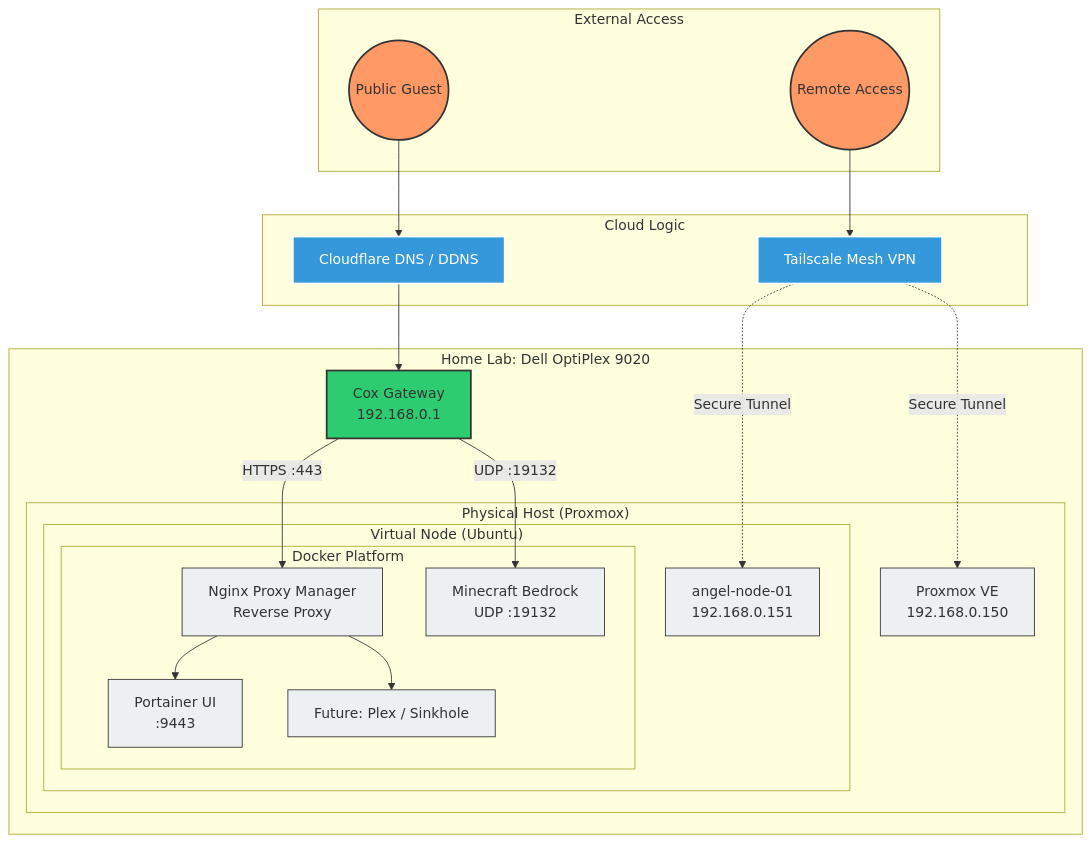
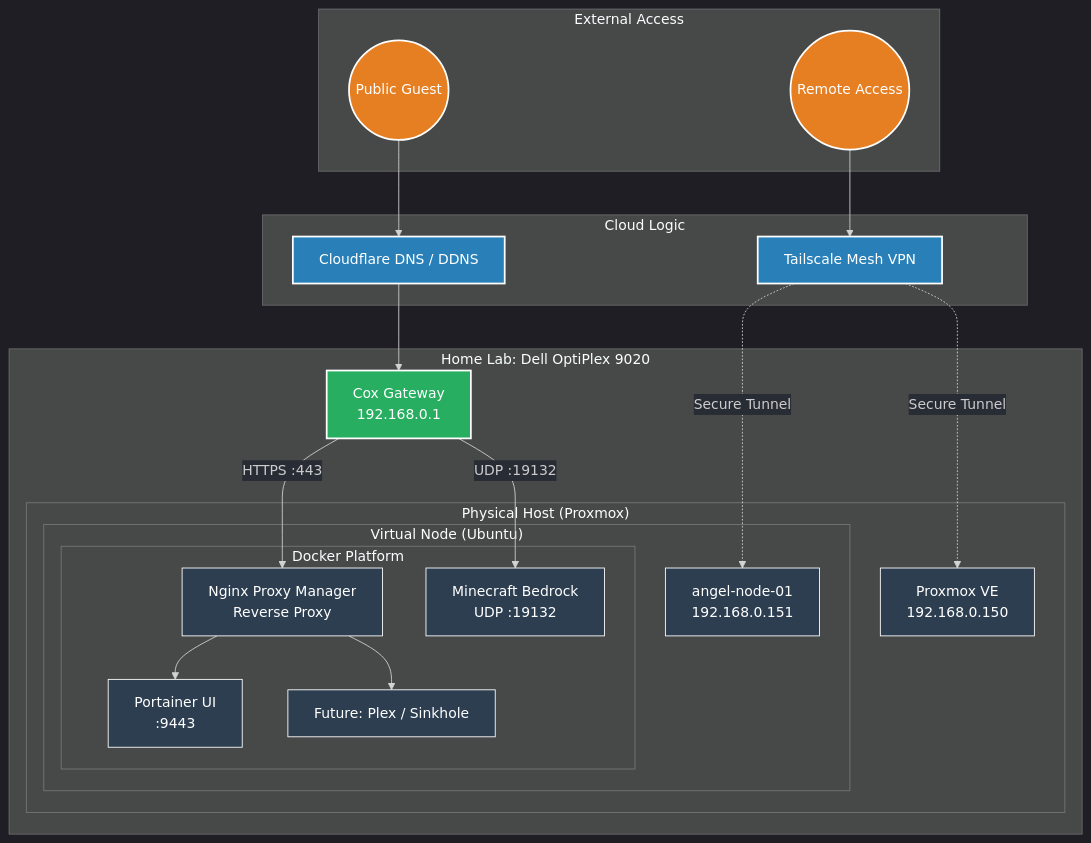
The diagram in README.md (AndrewMacGregor1/Angel-Server-Lab), drawn with Mermaid before and after one commit.

Commit message:
Diagram Colors
Fixed colors to match Github Dark Mode

````diff
--- a/README.md
+++ b/README.md
@@ -9,52 +9,53 @@
 ```mermaid
+%%{init: {'theme': 'dark', 'themeVariables': { 'primaryColor': '#2ecc71', 'edgeLabelBackground':'#282c34', 'tertiaryColor': '#282c34'}}}%%
 graph TD
-    %% Custom Styles
-    classDef internet fill:#f96,stroke:#333,stroke-width:2px;
-    classDef cloud fill:#3498db,stroke:#fff,stroke-width:2px,color:#fff;
-    classDef home fill:#2ecc71,stroke:#333,stroke-width:2px;
-    classDef node fill:#ecf0f1,stroke:#333,stroke-width:1px;
+    %% Custom Styles for GitHub Contrast
+    classDef internet fill:#e67e22,stroke:#fff,stroke-width:2px,color:#fff;
+    classDef cloud fill:#2980b9,stroke:#fff,stroke-width:2px,color:#fff;
+    classDef home fill:#27ae60,stroke:#fff,stroke-width:2px,color:#fff;
+    classDef node fill:#2c3e50,stroke:#fff,stroke-width:1px,color:#fff;
 
     subgraph External ["External Access"]
         User((Remote Access)):::internet
         Guest((Public Guest)):::internet
     end
 
     subgraph Cloud ["Cloud Logic"]
         CF[Cloudflare DNS / DDNS]:::cloud
         TS[Tailscale Mesh VPN]:::cloud
     end
 
     subgraph Lab ["Home Lab: Dell OptiPlex 9020"]
         Router[Cox Gateway<br>192.168.0.1]:::home
         
         subgraph Physical ["Physical Host (Proxmox)"]
             PVE[Proxmox VE<br>192.168.0.150]:::node
             
             subgraph Virtual ["Virtual Node (Ubuntu)"]
                 OS[angel-node-01<br>192.168.0.151]:::node
                 
                 subgraph Docker ["Docker Platform"]
-                    NPM[Nginx Proxy Manager<br>Reverse Proxy]
-                    Portainer[Portainer UI<br>:9443]
-                    MC[Minecraft Bedrock<br>UDP :19132]
-                    Future[Future: Plex / Sinkhole]
+                    NPM[Nginx Proxy Manager<br>Reverse Proxy]:::node
+                    Portainer[Portainer UI<br>:9443]:::node
+                    MC[Minecraft Bedrock<br>UDP :19132]:::node
+                    Future[Future: Plex / Sinkhole]:::node
                 end
             end
         end
     end
 
     %% Traffic Flows
     User --> TS
     TS -.->|Secure Tunnel| PVE
     TS -.->|Secure Tunnel| OS
     
     Guest --> CF
     CF --> Router
     
-    %% Fixed Traffic Routing
+    %% Defined Traffic Routing
     Router -->|HTTPS :443| NPM
     Router -->|UDP :19132| MC
     
     NPM --> Portainer
     NPM --> Future
 ```
````
